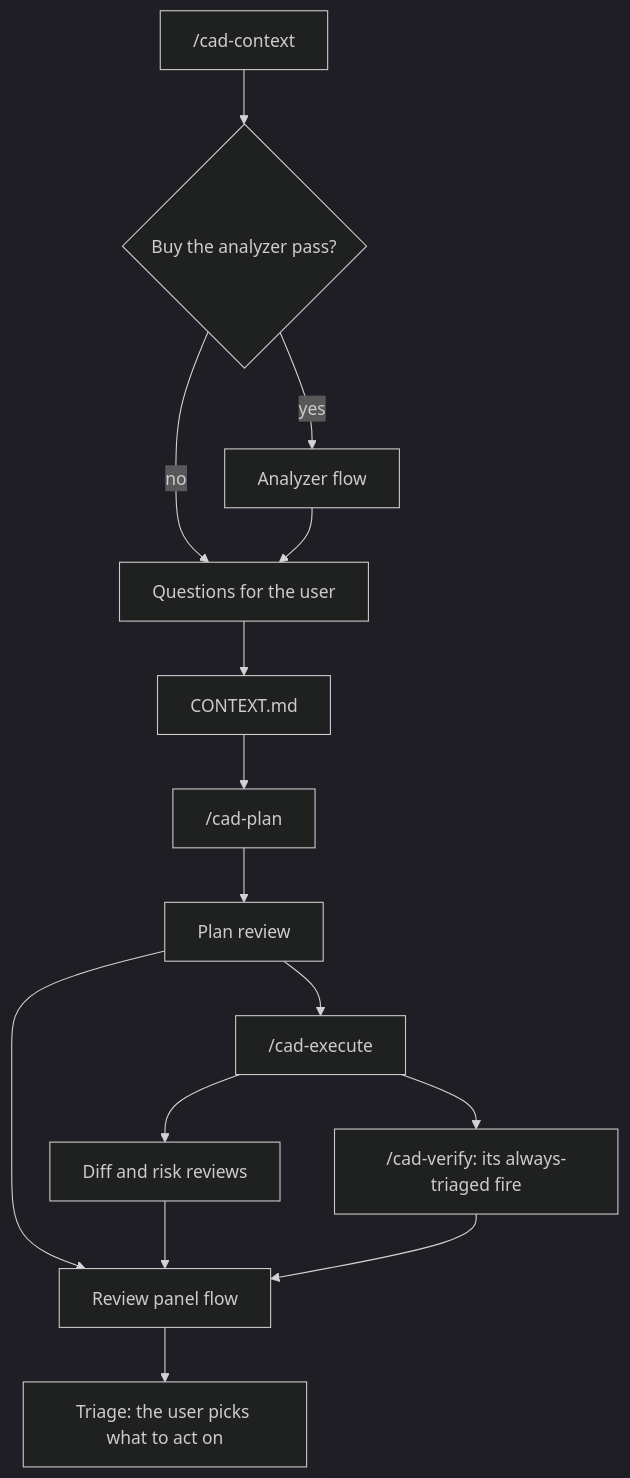
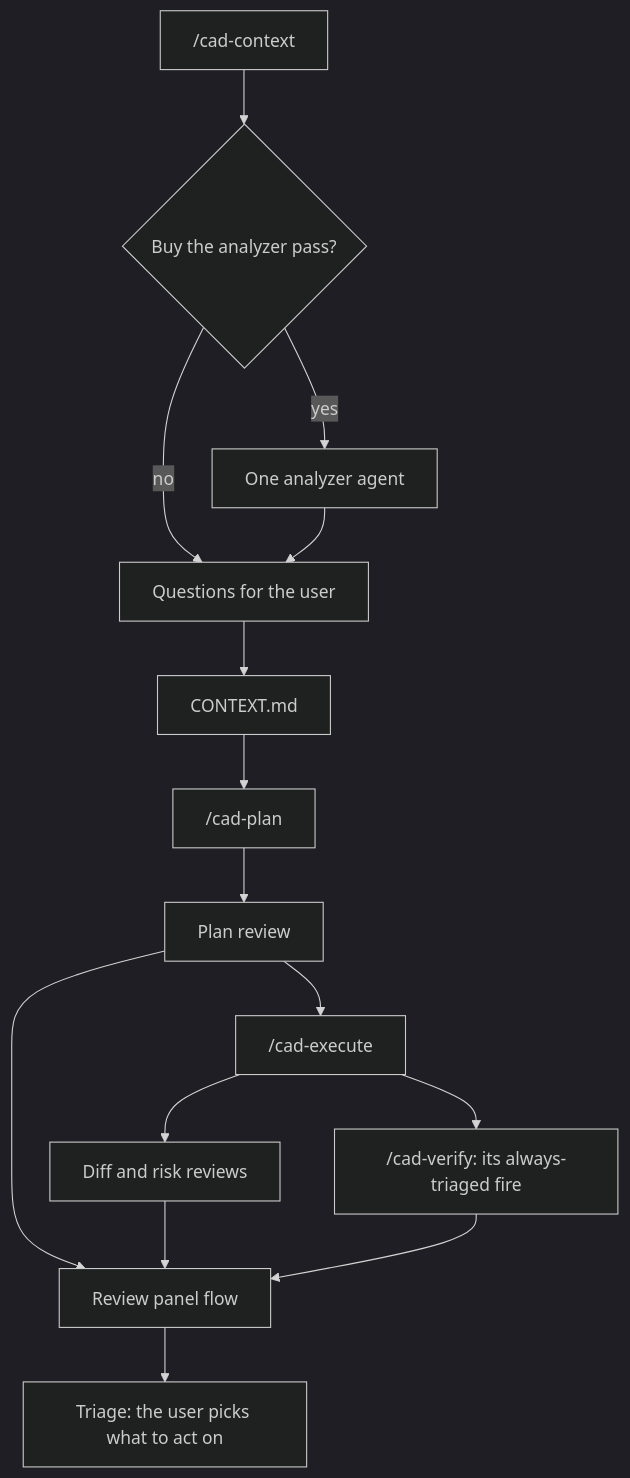
One commit to crenshawdev/cadence changed the first of 2 diagrams in docs/rationale/review-and-analyzer-flows.md. Above: the diagram before and after it, drawn with Mermaid. The commit also changed other lines of this file and 6 other files, not shown here.

````diff
--- a/docs/rationale/review-and-analyzer-flows.md
+++ b/docs/rationale/review-and-analyzer-flows.md
@@ -13,18 +13,18 @@
 ```mermaid
 %%{init: {'theme':'dark'}}%%
 flowchart TD
   context["/cad-context"] --> spend{"Buy the analyzer pass?"}
-  spend -->|yes| analyzer["Analyzer flow"]
+  spend -->|yes| analyzer["One analyzer agent"]
   spend -->|no| questions["Questions for the user"]
   analyzer --> questions
   questions --> contextfile["CONTEXT.md"]
   contextfile --> plan["/cad-plan"]
   plan --> planreview["Plan review"]
   planreview --> execute["/cad-execute"]
   execute --> codereview["Diff and risk reviews"]
   execute --> verify["/cad-verify: its always-triaged fire"]
   planreview --> panel["Review panel flow"]
   codereview --> panel
   verify --> panel
   panel --> triage["Triage: the user picks what to act on"]
 ```
````
